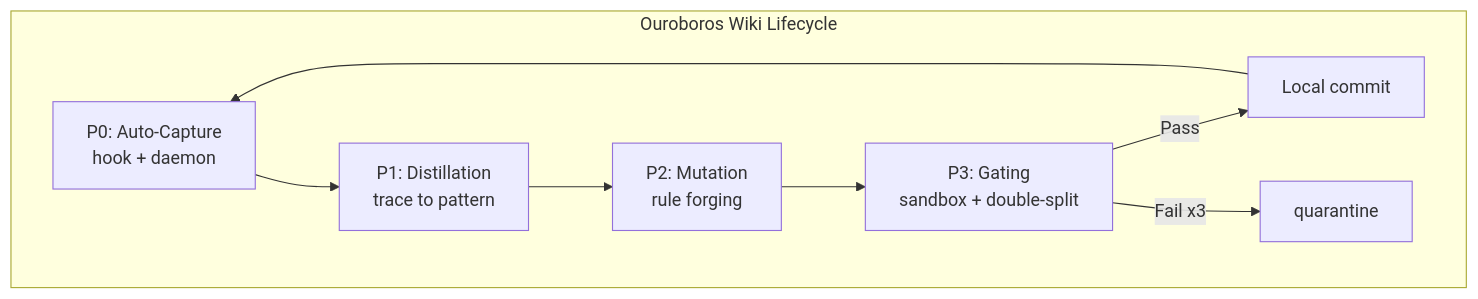
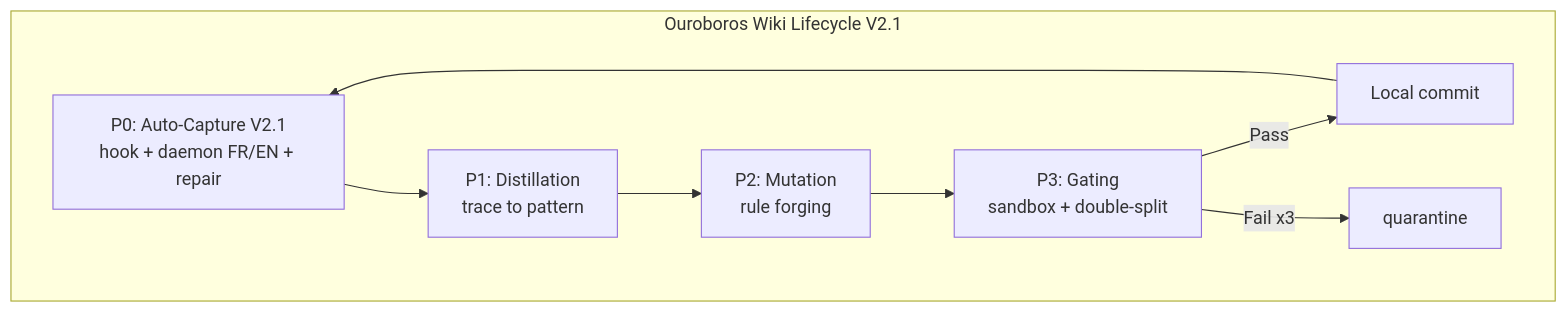
The diagram in 60-WikiSkill-Ouroboros/README.md (lordmahonheim-bot/Tesla-Antigravity-CLI), drawn with Mermaid before and after one commit. The commit also changed other lines of this file and 9 other files, not shown here.

````diff
--- a/60-WikiSkill-Ouroboros/README.md
+++ b/60-WikiSkill-Ouroboros/README.md
@@ -9,12 +13,12 @@
 ```mermaid
 graph TD
-    %% Ouroboros Cycle — v2 Zero-Touch
-    subgraph Ouroboros [Ouroboros Wiki Lifecycle]
-        P0[P0: Auto-Capture<br/>hook + daemon] --> P1[P1: Distillation<br/>trace to pattern]
+    %% Ouroboros Cycle — v2.1 Zero-Touch Multilingue
+    subgraph Ouroboros [Ouroboros Wiki Lifecycle V2.1]
+        P0[P0: Auto-Capture V2.1<br/>hook + daemon FR/EN + repair] --> P1[P1: Distillation<br/>trace to pattern]
         P1 --> P2[P2: Mutation<br/>rule forging]
         P2 --> P3[P3: Gating<br/>sandbox + double-split]
         P3 -->|Pass| C[Local commit]
         P3 -->|Fail x3| Q[quarantine]
         C --> P0
     end
 ```
````
